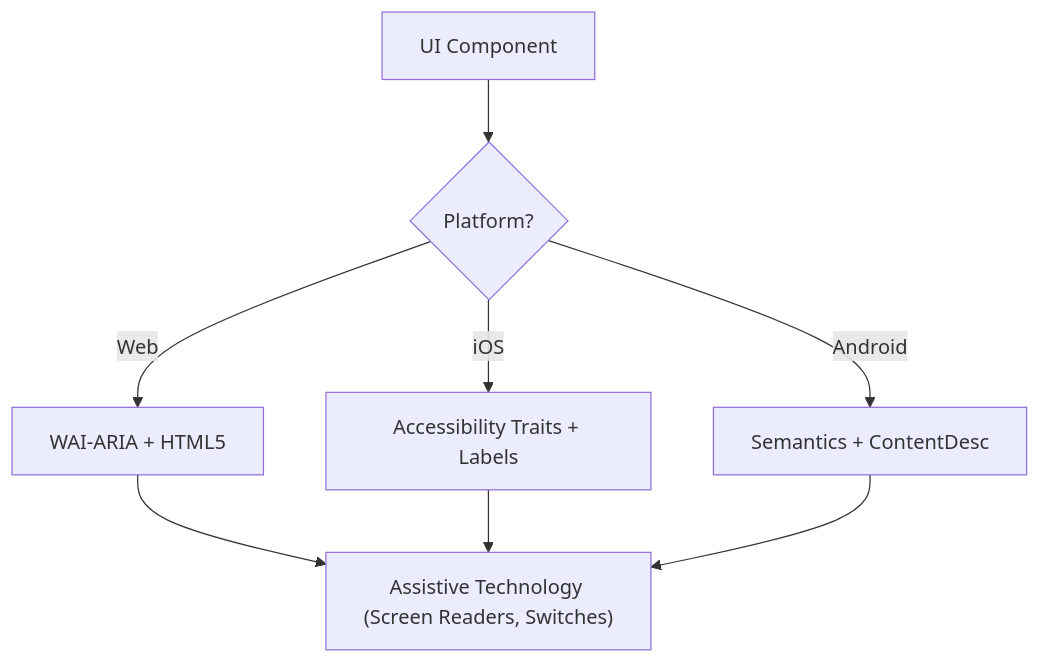
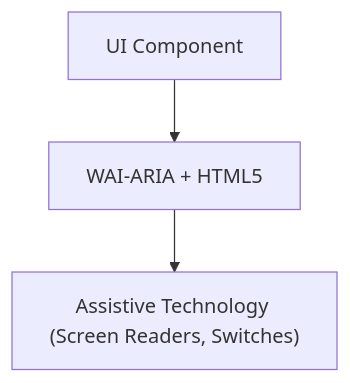
One commit to vmaia00/claude-specs changed the diagram in plugins/ecc/skills/accessibility/SKILL.md. Above: the diagram before and after it, drawn with Mermaid. The commit also changed other lines of this file and 849 other files, not shown here.

````diff
--- a/plugins/ecc/skills/accessibility/SKILL.md
+++ b/plugins/ecc/skills/accessibility/SKILL.md
@@ -58,11 +58,5 @@
 ```mermaid
 flowchart TD
-  UI["UI Component"] --> Platform{Platform?}
-  Platform -->|Web| ARIA["WAI-ARIA + HTML5"]
-  Platform -->|iOS| SwiftUI["Accessibility Traits + Labels"]
-  Platform -->|Android| Compose["Semantics + ContentDesc"]
-
+  UI["UI Component"] --> ARIA["WAI-ARIA + HTML5"]
   ARIA --> AT["Assistive Technology (Screen Readers, Switches)"]
-  SwiftUI --> AT
-  Compose --> AT
 ```
````
